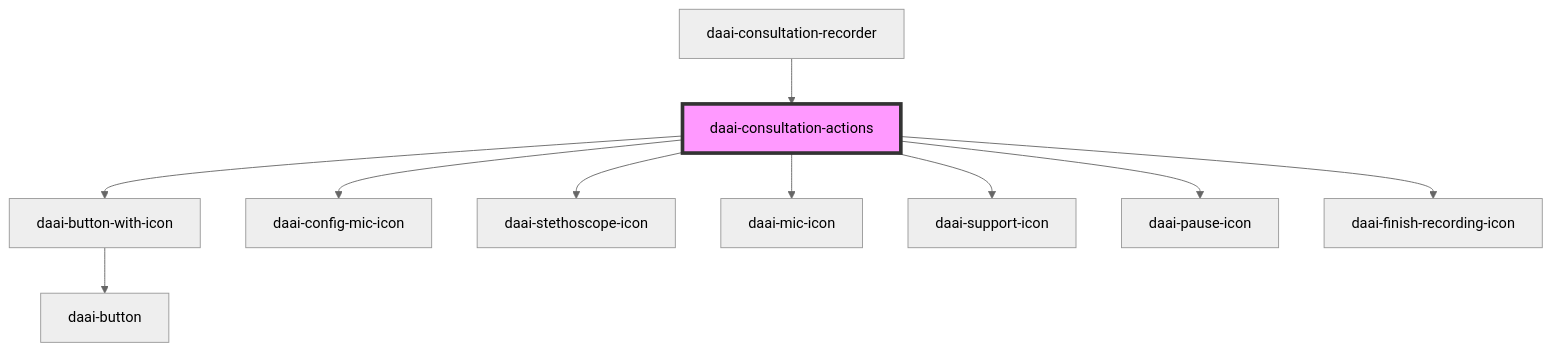
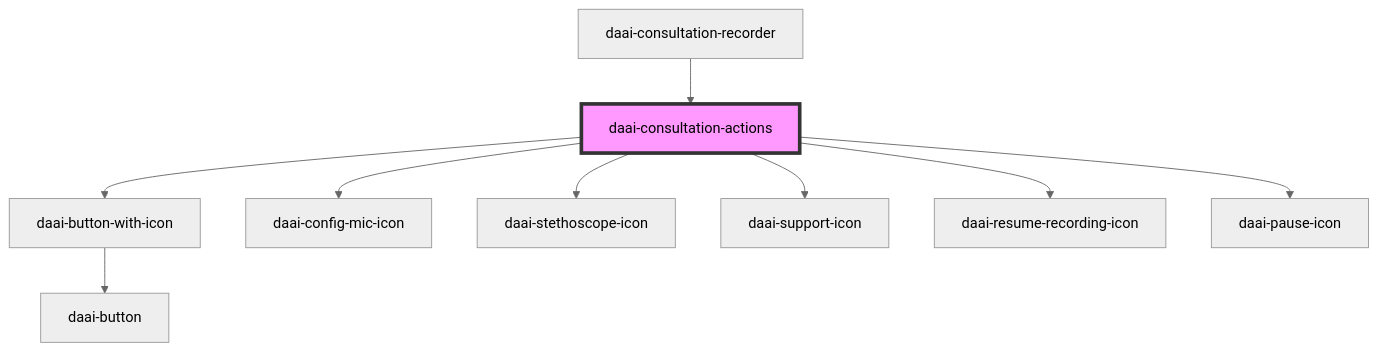
One commit to doctor-assistant/web-components changed the diagram in src/components/organisms/daai-consultation-actions/readme.md. Above: the diagram before and after it, drawn with Mermaid (neutral theme). The commit also changed other lines of this file and 2 other files, not shown here.

````diff
--- a/src/components/organisms/daai-consultation-actions/readme.md
+++ b/src/components/organisms/daai-consultation-actions/readme.md
@@ -36,13 +36,12 @@
 ```mermaid
 graph TD;
   daai-consultation-actions --> daai-button-with-icon
   daai-consultation-actions --> daai-config-mic-icon
   daai-consultation-actions --> daai-stethoscope-icon
-  daai-consultation-actions --> daai-mic-icon
   daai-consultation-actions --> daai-support-icon
+  daai-consultation-actions --> daai-resume-recording-icon
   daai-consultation-actions --> daai-pause-icon
-  daai-consultation-actions --> daai-finish-recording-icon
   daai-button-with-icon --> daai-button
   daai-consultation-recorder --> daai-consultation-actions
   style daai-consultation-actions fill:#f9f,stroke:#333,stroke-width:4px
 ```
````
